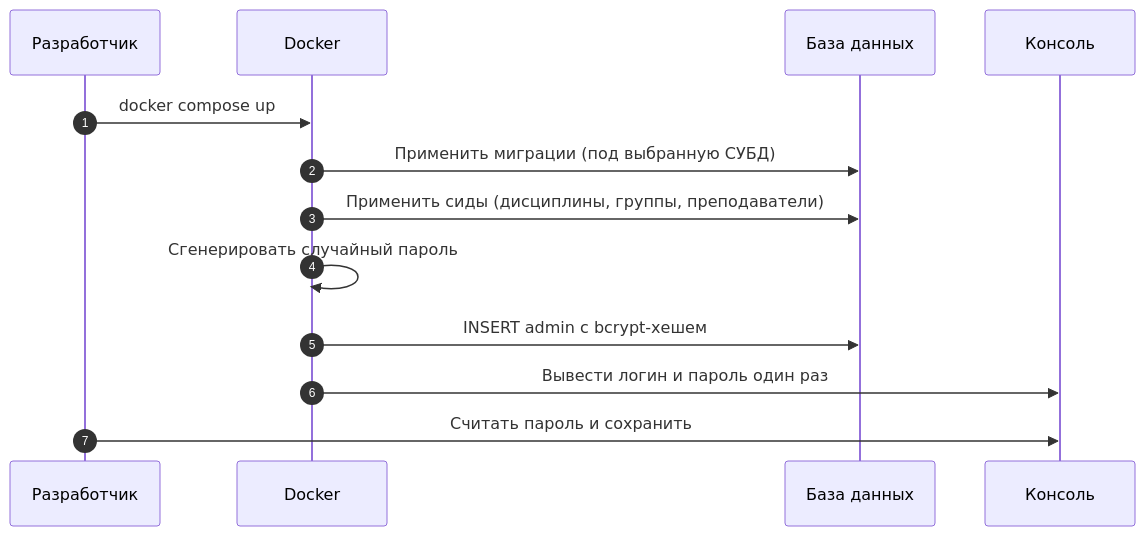
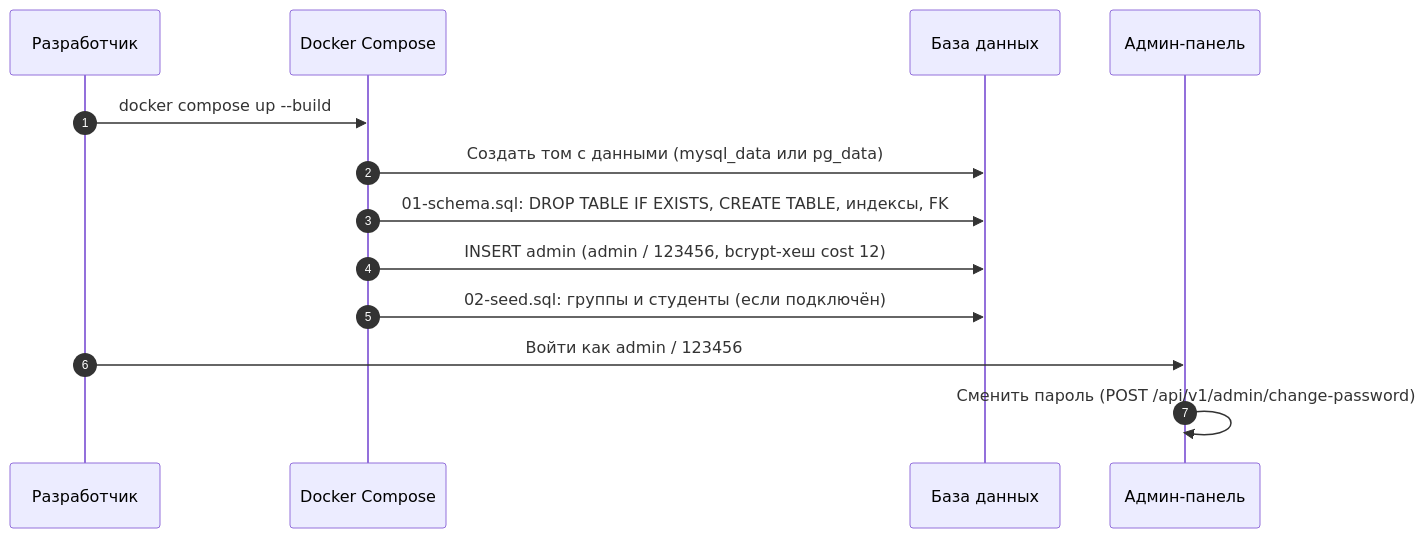
One commit to SP4CEVI/iasu-2.0 changed the seventh of 15 diagrams in docs/concept.md. Above: the diagram before and after it, drawn with Mermaid. The commit also changed other lines of this file, not shown here.

````diff
--- a/docs/concept.md
+++ b/docs/concept.md
@@ -1273,16 +1352,16 @@
 ```mermaid
 sequenceDiagram
     autonumber
     participant Dev as Разработчик
-    participant Docker as Docker
+    participant Docker as Docker Compose
     participant DB as База данных
-    participant Log as Консоль
+    participant Panel as Админ-панель
 
-    Dev->>Docker: docker compose up
-    Docker->>DB: Применить миграции (под выбранную СУБД)
-    Docker->>DB: Применить сиды (дисциплины, группы, преподаватели)
-    Docker->>Docker: Сгенерировать случайный пароль
-    Docker->>DB: INSERT admin с bcrypt-хешем
-    Docker->>Log: Вывести логин и пароль один раз
-    Dev->>Log: Считать пароль и сохранить
+    Dev->>Docker: docker compose up --build
+    Docker->>DB: Создать том с данными (mysql_data или pg_data)
+    Docker->>DB: 01-schema.sql: DROP TABLE IF EXISTS, CREATE TABLE, индексы, FK
+    Docker->>DB: INSERT admin (admin / 123456, bcrypt-хеш cost 12)
+    Docker->>DB: 02-seed.sql: группы и студенты (если подключён)
+    Dev->>Panel: Войти как admin / 123456
+    Panel->>Panel: Сменить пароль (POST /api/v1/admin/change-password)
 ```
````
